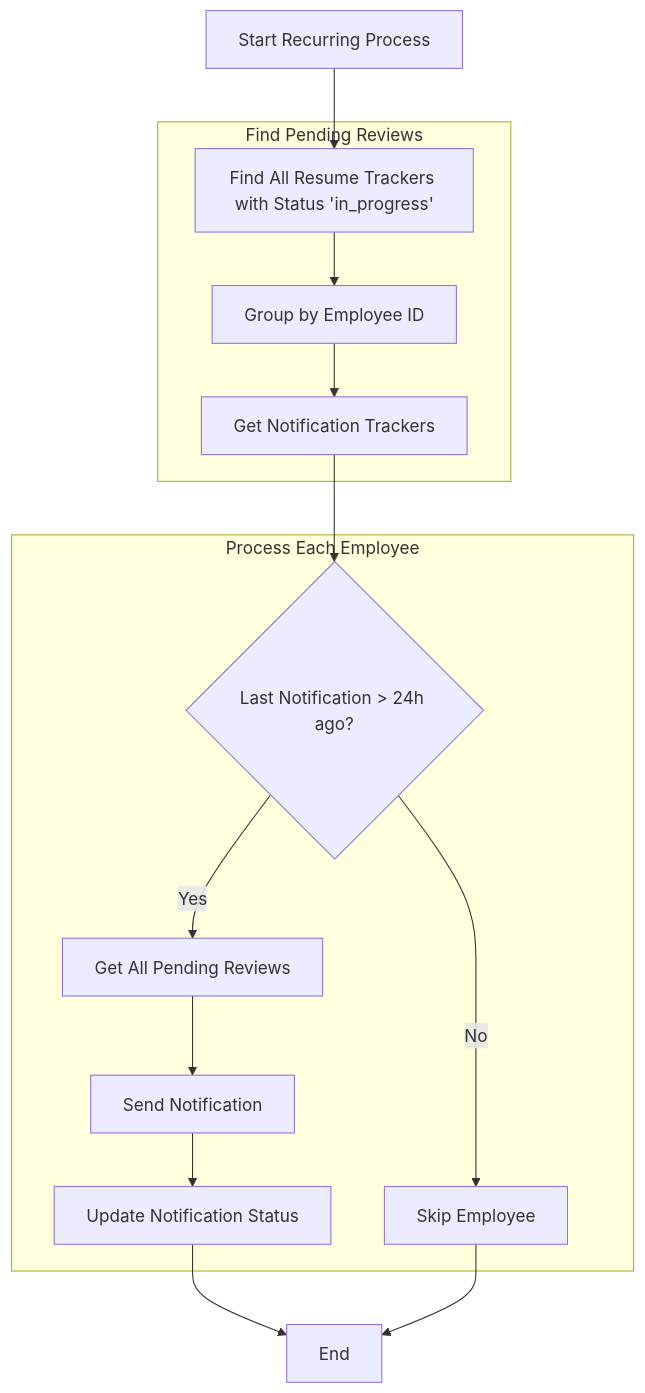
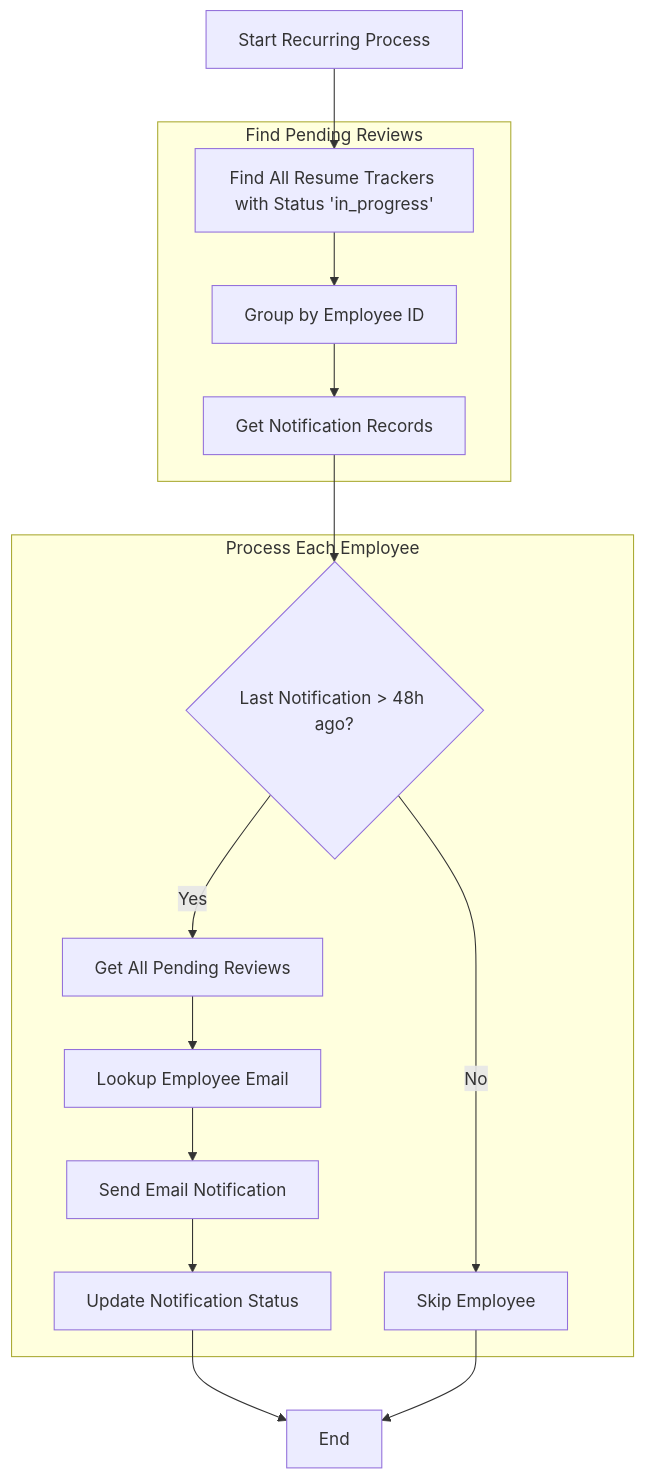
One commit to microsoft/auto-resume-builder changed the second of 5 diagrams in design_doc.md. Above: the diagram before and after it, drawn with Mermaid. The commit also changed other lines of this file and 4 other files, not shown here.

````diff
--- a/design_doc.md
+++ b/design_doc.md
@@ -199,31 +184,33 @@
 ```mermaid
 flowchart TD
     %% Recurring Process
     Start[Start Recurring Process]
     
     subgraph Pending_Review_Check[Find Pending Reviews]
         P1[Find All Resume Trackers with Status 'in_progress']
         P2[Group by Employee ID]
-        P3[Get Notification Trackers]
+        P3[Get Notification Records]
     end
     
     subgraph Notification_Check[Process Each Employee]
-        N1{Last Notification > 24h ago?}
+        N1{Last Notification > 48h ago?}
         N2[Get All Pending Reviews]
-        N3[Send Notification]
-        N4[Update Notification Status]
-        N5[Skip Employee]
+        N3[Lookup Employee Email]
+        N4[Send Email Notification]
+        N5[Update Notification Status]
+        N6[Skip Employee]
         
         N1 -->|Yes| N2
-        N1 -->|No| N5
+        N1 -->|No| N6
         N2 --> N3
         N3 --> N4
+        N4 --> N5
     end
     
     Start --> P1
     P1 --> P2
     P2 --> P3
     P3 --> N1
-    N4 --> End[End]
-    N5 --> End
+    N5 --> End[End]
+    N6 --> End
 ```
````
